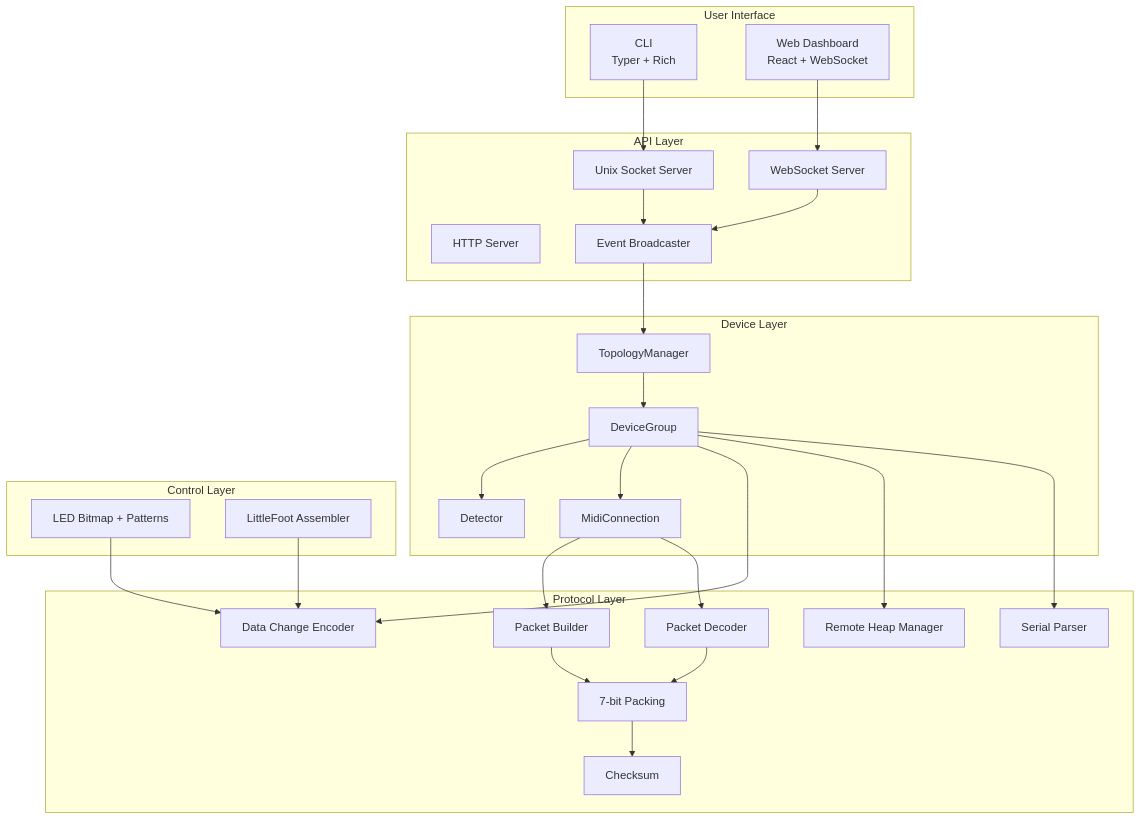
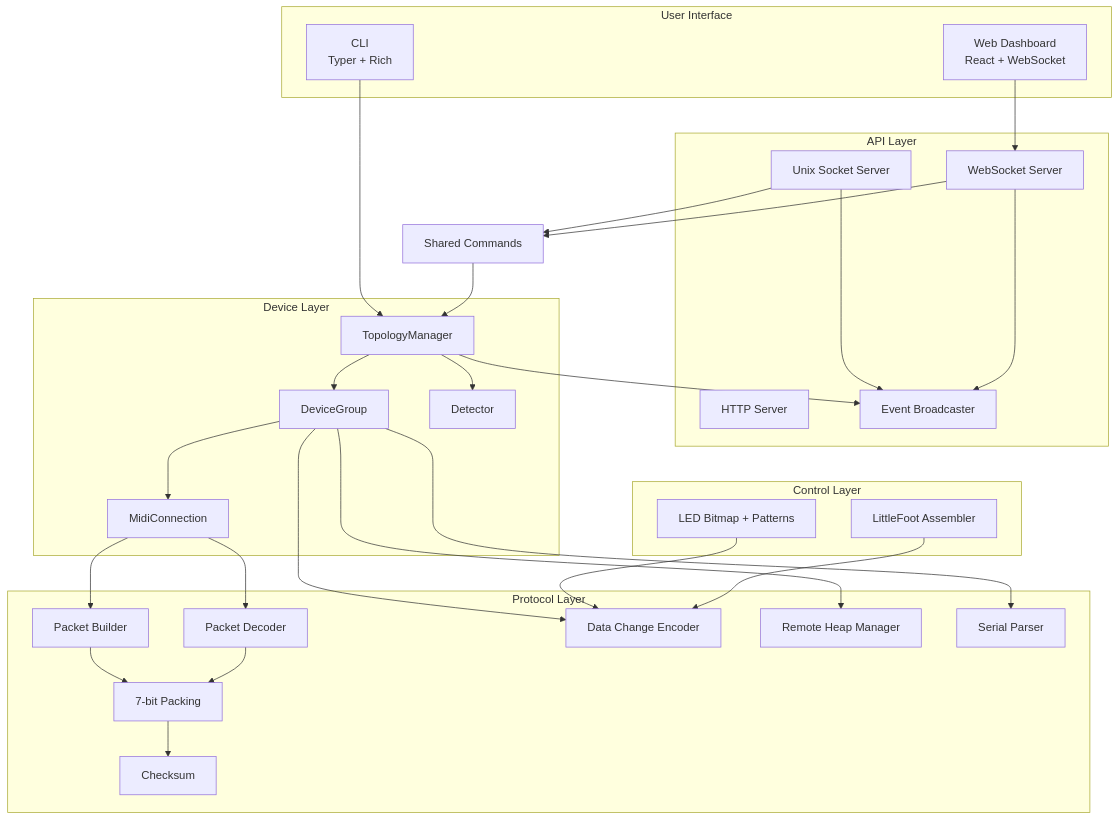
One commit to hyperb1iss/blocksd changed the diagram in docs/architecture/index.md. Above: the diagram before and after it, drawn with Mermaid. The commit also changed other lines of this file and 20 other files, not shown here.

````diff
--- a/docs/architecture/index.md
+++ b/docs/architecture/index.md
@@ -5,50 +5,53 @@
 ```mermaid
 graph TB
     subgraph "User Interface"
         CLI[CLI<br/>Typer + Rich]
         WEB[Web Dashboard<br/>React + WebSocket]
     end
     subgraph "API Layer"
         SOCK[Unix Socket Server]
         WSOCK[WebSocket Server]
         HTTP[HTTP Server]
         EVT[Event Broadcaster]
     end
     subgraph "Device Layer"
         TM[TopologyManager]
         DG[DeviceGroup]
         DET[Detector]
         CONN[MidiConnection]
     end
     subgraph "Protocol Layer"
         BUILD[Packet Builder]
         DECODE[Packet Decoder]
         PACK[7-bit Packing]
         CSUM[Checksum]
         DC[Data Change Encoder]
         RH[Remote Heap Manager]
         SER[Serial Parser]
     end
     subgraph "Control Layer"
         LED[LED Bitmap + Patterns]
         LF[LittleFoot Assembler]
     end
-    CLI --> SOCK
+    CLI --> TM
+    SOCK --> CMD[Shared Commands]
+    WSOCK --> CMD
+    CMD --> TM
     WEB --> WSOCK
     SOCK --> EVT
     WSOCK --> EVT
-    EVT --> TM
+    TM --> EVT
     TM --> DG
-    DG --> DET
+    TM --> DET
     DG --> CONN
     CONN --> BUILD
     CONN --> DECODE
     BUILD --> PACK
     DECODE --> PACK
     PACK --> CSUM
     DG --> DC
     DG --> RH
     DG --> SER
     LED --> DC
     LF --> DC
 ```
````
